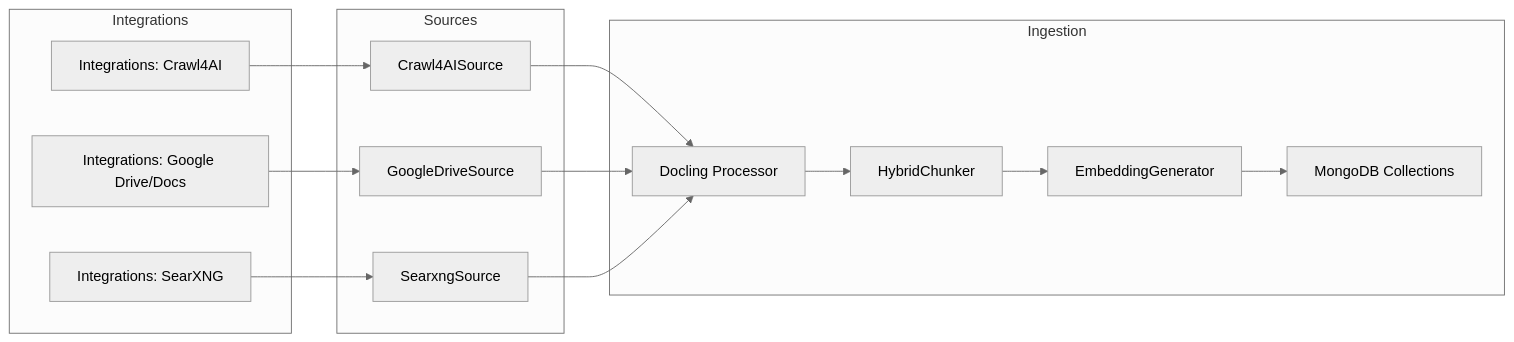
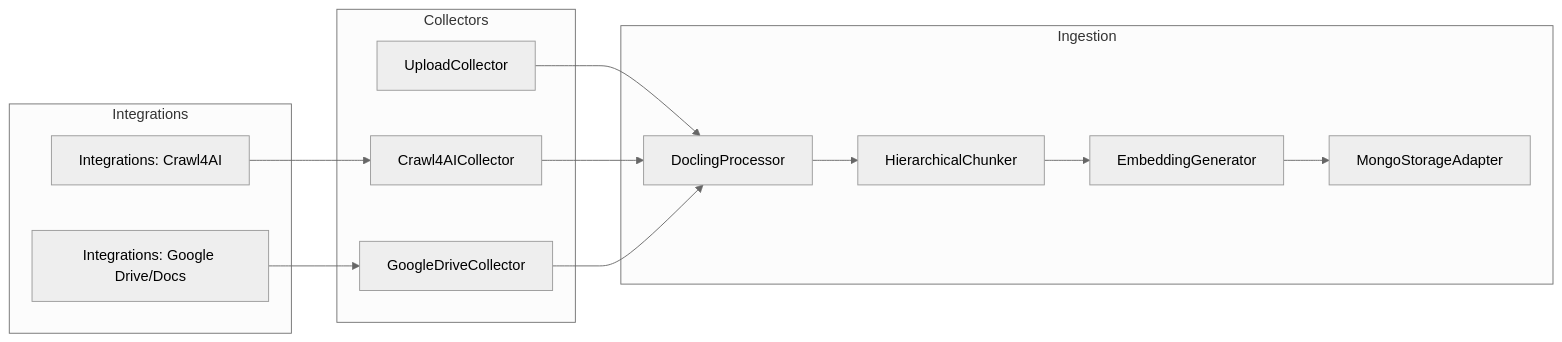
One commit to jaewilson07/rag_mongodb changed the second of 2 diagrams in src/ingestion/AGENTS.md. Above: the diagram before and after it, drawn with Mermaid (neutral theme). The commit also changed other lines of this file and 34 other files, not shown here.

````diff
--- a/src/ingestion/AGENTS.md
+++ b/src/ingestion/AGENTS.md
@@ -58,31 +62,28 @@
 ```mermaid
 flowchart LR
   subgraph Integrations
     crawl4ai[Integrations: Crawl4AI]
     gdrive[Integrations: Google Drive/Docs]
-    searxng[Integrations: SearXNG]
   end
 
-  subgraph Sources
-    crawl4ai_src[Crawl4AISource]
-    gdrive_src[GoogleDriveSource]
-    searxng_src[SearxngSource]
+  subgraph Collectors
+    crawl4ai_collector[Crawl4AICollector]
+    gdrive_collector[GoogleDriveCollector]
+    upload_collector[UploadCollector]
   end
 
   subgraph Ingestion
-    processor[Docling Processor]
-    chunker[HybridChunker]
+    processor[DoclingProcessor]
+    chunker[HierarchicalChunker]
     embedder[EmbeddingGenerator]
-    mongo[MongoDB Collections]
+    storage[MongoStorageAdapter]
   end
 
-  crawl4ai --> crawl4ai_src
-  gdrive --> gdrive_src
-  searxng --> searxng_src
+  crawl4ai --> crawl4ai_collector
+  gdrive --> gdrive_collector
+  upload_collector --> processor
 
-  crawl4ai_src --> processor
-  gdrive_src --> processor
-  searxng_src --> processor
-
-  processor --> chunker --> embedder --> mongo
+  crawl4ai_collector --> processor
+  gdrive_collector --> processor
+  processor --> chunker --> embedder --> storage
 ```
````
